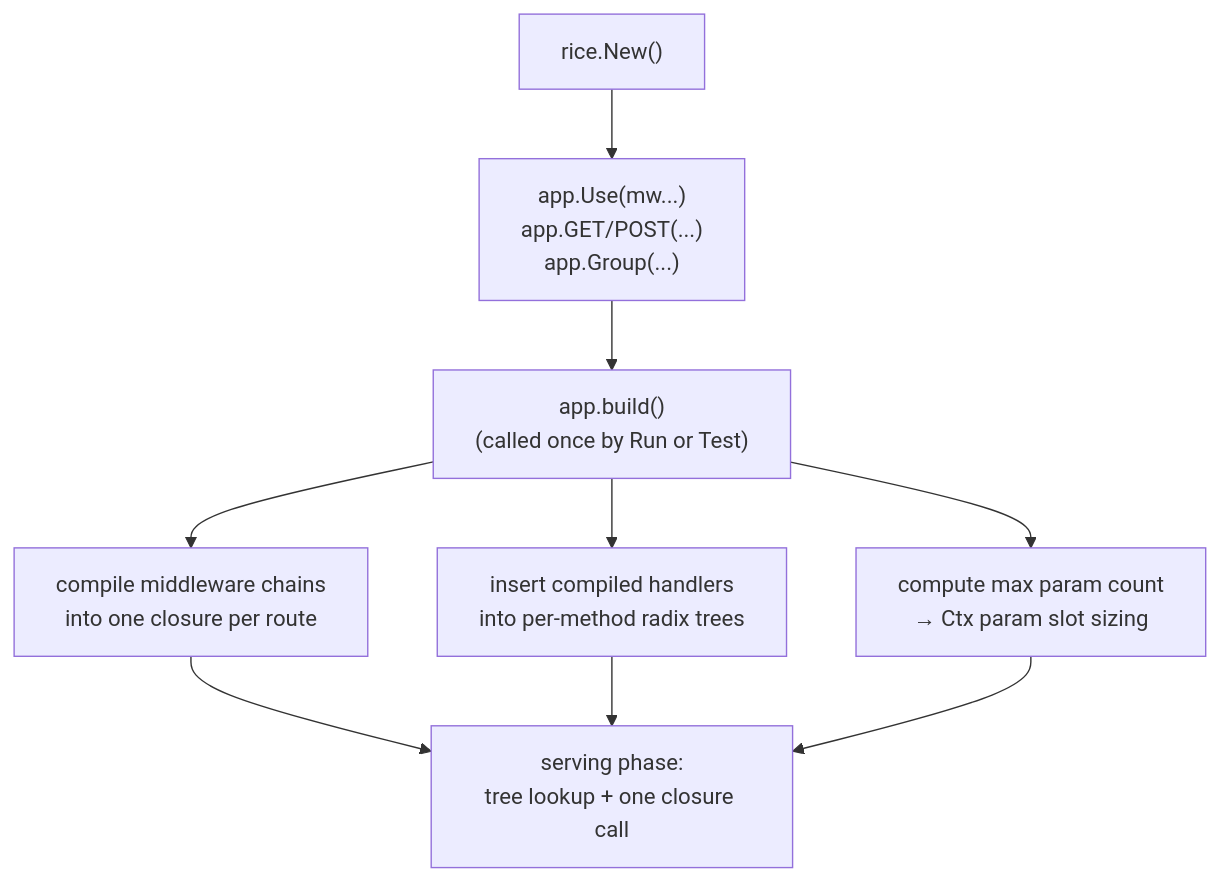
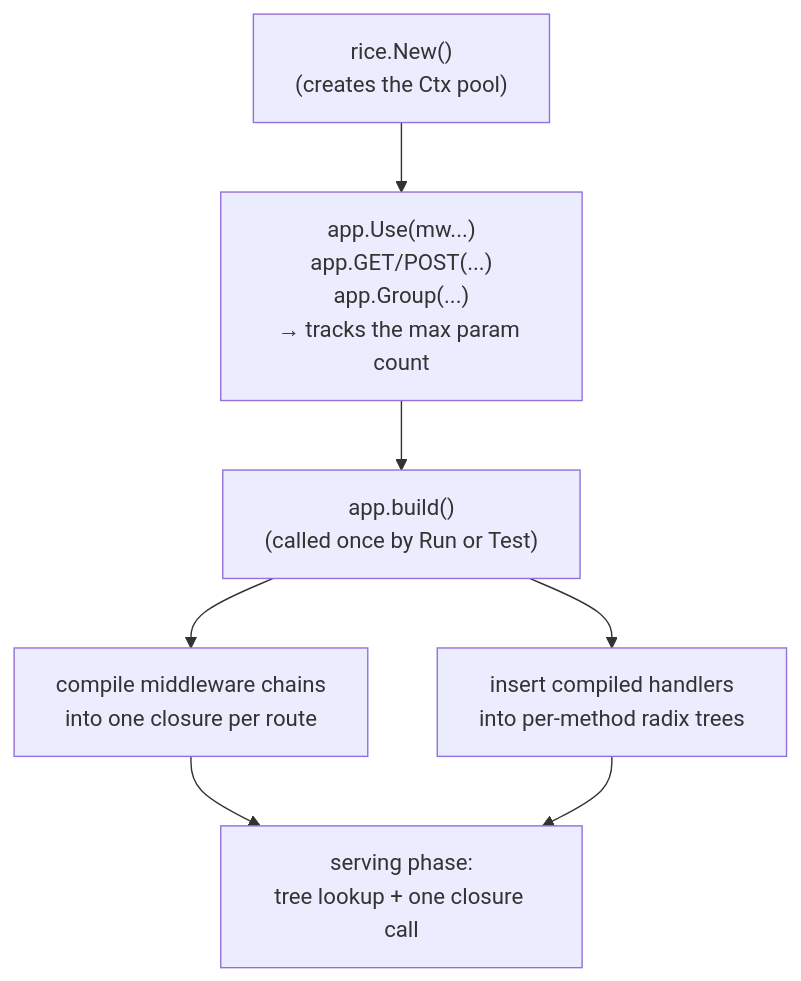
One commit to vietpham102301/rice-http changed the first of 2 diagrams in docs/02-architecture.md. Above: the diagram before and after it, drawn with Mermaid. The commit also changed other lines of this file and 8 other files, not shown here.

````diff
--- a/docs/02-architecture.md
+++ b/docs/02-architecture.md
@@ -84,9 +87,8 @@
 ```mermaid
 flowchart TD
-    A["rice.New()"] --> B["app.Use(mw...)<br/>app.GET/POST(...)<br/>app.Group(...)"]
+    A["rice.New()<br/>(creates the Ctx pool)"] --> B["app.Use(mw...)<br/>app.GET/POST(...)<br/>app.Group(...)<br/>→ tracks the max param count"]
     B --> C["app.build()<br/>(called once by Run or Test)"]
     C --> C1["compile middleware chains<br/>into one closure per route"]
     C --> C2["insert compiled handlers<br/>into per-method radix trees"]
-    C --> C3["compute max param count<br/>→ Ctx param slot sizing"]
-    C1 & C2 & C3 --> D["serving phase:<br/>tree lookup + one closure call"]
+    C1 & C2 --> D["serving phase:<br/>tree lookup + one closure call"]
 ```
````
